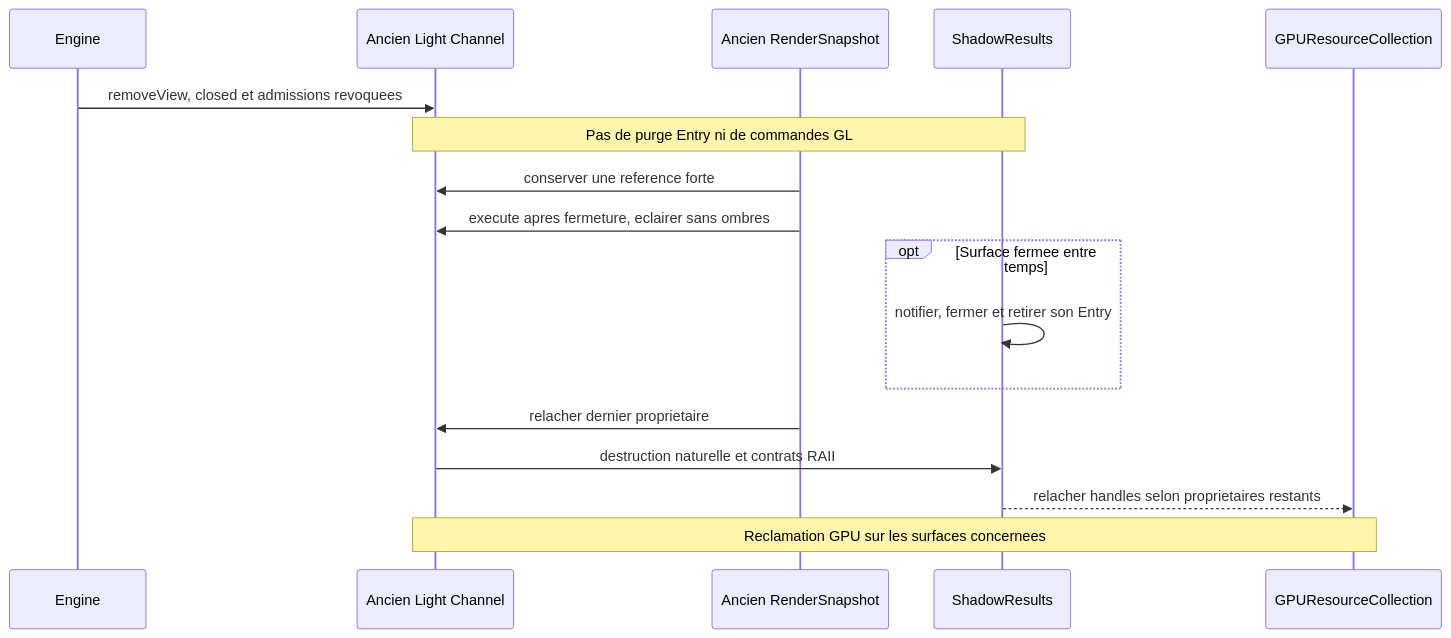
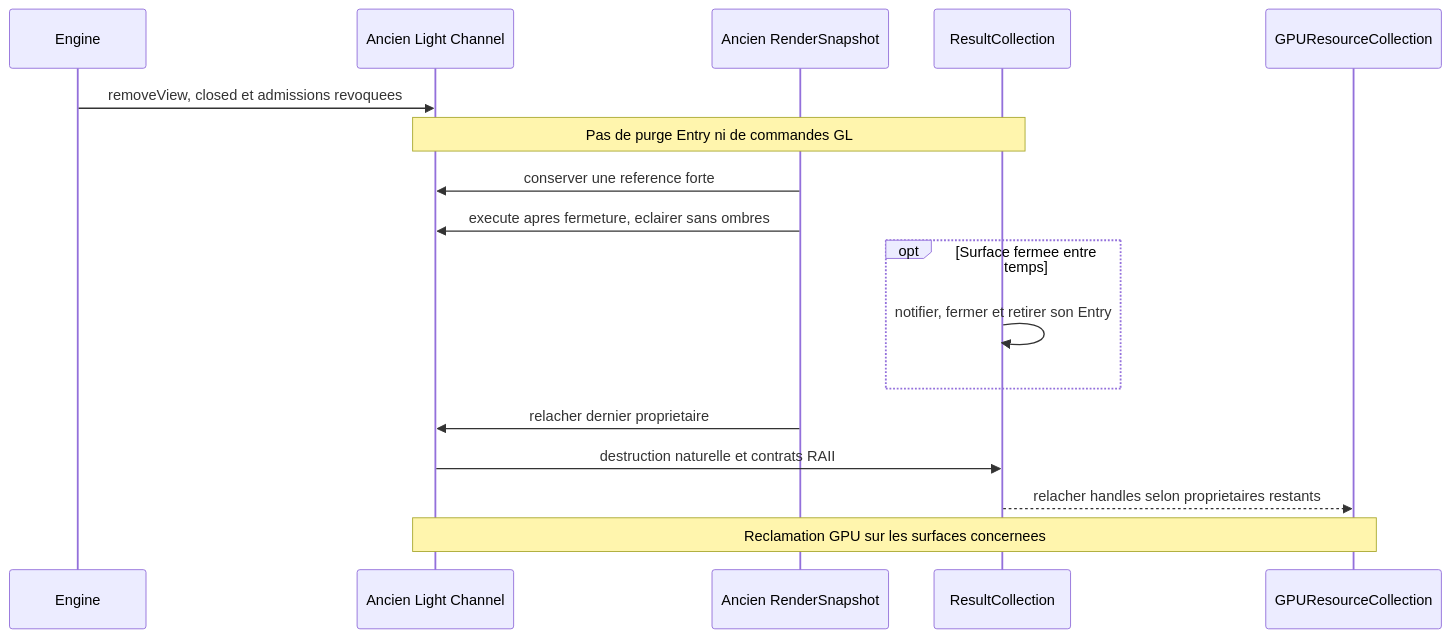
One commit to EreliaStudio/Sparkle changed the fifth of 20 diagrams in docs/voxel-engine-v0.1.4/08-lumieres-et-ombres.md. Above: the diagram before and after it, drawn with Mermaid. The commit also changed other lines of this file and 5 other files, not shown here.

Commit message:
docs(PR21): use ShadowMap::Result and ResultCollection terminology

````diff
--- a/docs/voxel-engine-v0.1.4/08-lumieres-et-ombres.md
+++ b/docs/voxel-engine-v0.1.4/08-lumieres-et-ombres.md
@@ -192,19 +192,19 @@
 ```mermaid
 sequenceDiagram
   participant M as Engine
   participant CH as Ancien Light Channel
   participant S as Ancien RenderSnapshot
-  participant R as ShadowResults
+  participant R as ResultCollection
   participant GPU as GPUResourceCollection
   M->>CH: removeView, closed et admissions revoquees
   Note over CH,R: Pas de purge Entry ni de commandes GL
   S->>CH: conserver une reference forte
   S->>CH: execute apres fermeture, eclairer sans ombres
   opt Surface fermee entre temps
     R->>R: notifier, fermer et retirer son Entry
   end
   S->>CH: relacher dernier proprietaire
   CH->>R: destruction naturelle et contrats RAII
   R-->>GPU: relacher handles selon proprietaires restants
   Note over CH,GPU: Reclamation GPU sur les surfaces concernees
 ```
````
